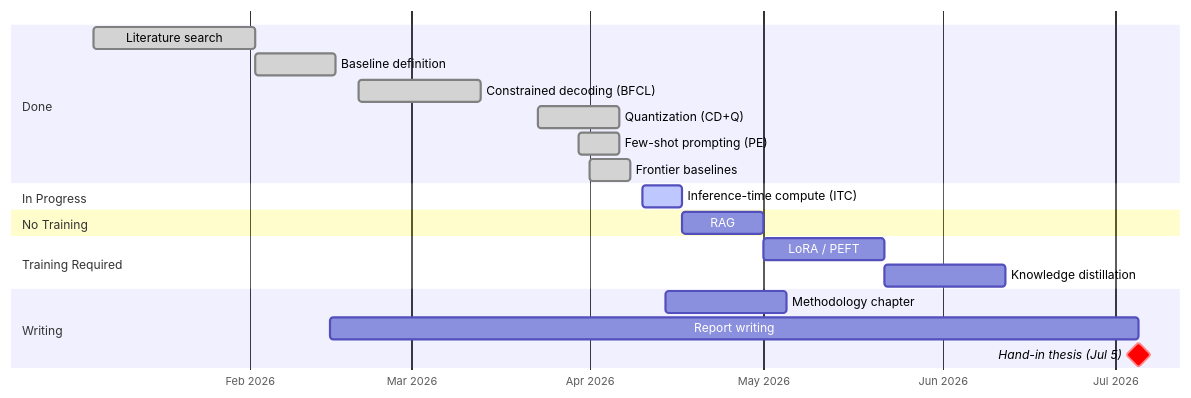
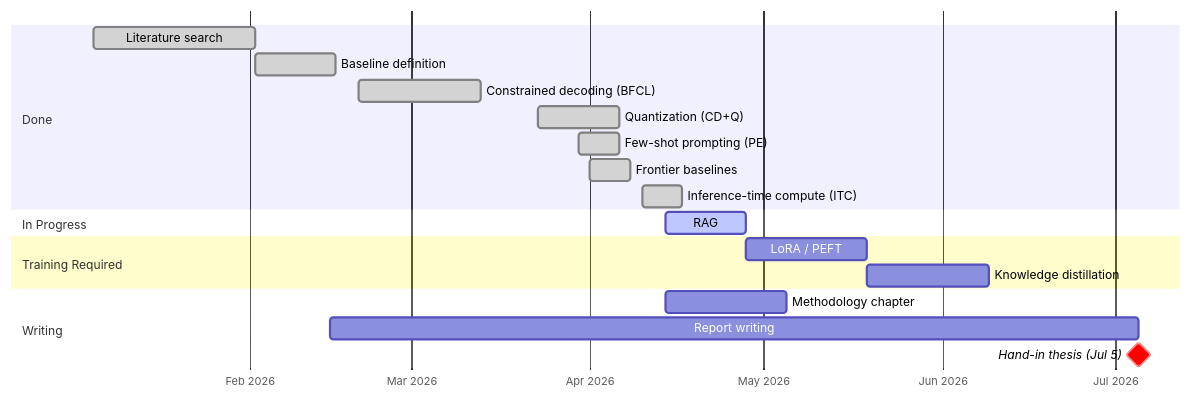
The diagram in docs/meetings/slidev/slides-2026-04-13.md (pabeckha/slm-agents), drawn with Mermaid before and after one commit. The commit also changed other lines of this file and 1 other file, not shown here.

First line of the commit message:
Fill in CD+Q+ITC results: 65.5% (-6.5 pp vs CD+Q, strongly negative)

````diff
--- a/docs/meetings/slidev/slides-2026-04-13.md
+++ b/docs/meetings/slidev/slides-2026-04-13.md
@@ -206,29 +214,29 @@
 ```mermaid {scale: 0.42}
 gantt
     dateFormat  YYYY-MM-DD
     tickInterval 1month
     axisFormat  %b %Y
 
     section Done
     Literature search              :done, lit, 2026-01-05, 4w
     Baseline definition            :done, base, 2026-02-02, 2w
     Constrained decoding (BFCL)    :done, cd, 2026-02-20, 3w
     Quantization (CD+Q)            :done, q, 2026-03-23, 2w
     Few-shot prompting (PE)        :done, pe, 2026-03-30, 1w
     Frontier baselines             :done, fb, 2026-04-01, 1w
 
+    section Done
+    Inference-time compute (ITC)   :done, itc, 2026-04-10, 1w
+
     section In Progress
-    Inference-time compute (ITC)   :active, itc, 2026-04-10, 1w
-
-    section No Training
-    RAG                             :rag, after itc, 2w
+    RAG                             :active, rag, 2026-04-14, 2w
 
     section Training Required
     LoRA / PEFT                     :lora, after rag, 3w
     Knowledge distillation          :kd, after lora, 3w
 
     section Writing
     Methodology chapter             :meth, 2026-04-14, 3w
     Report writing                  :write, 2026-02-15, 2026-07-05
     Hand-in thesis (Jul 5)          :milestone, crit, 2026-07-05, 0d
 ```
````
